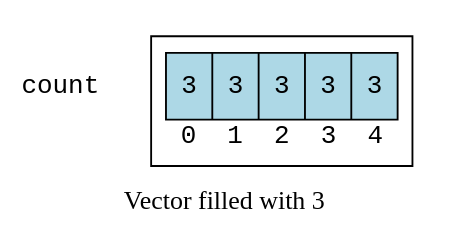
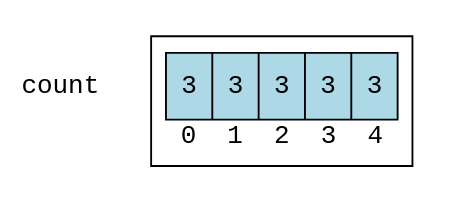
One commit to DaveParillo/cisc192-reader changed the second of 2 diagrams in src/chapter10/vectors.rst. Above: the diagram before and after it, drawn with Graphviz. The commit also changed other lines of this file and 20 other files, not shown here.

```diff
--- a/src/chapter10/vectors.rst
+++ b/src/chapter10/vectors.rst
@@ -106,29 +106,29 @@
 .. graphviz::
+   :name: fig_vector_filled
+   :caption: Vector filled with 3
+   :alt: vector whose elements are all initialized to 3
    :align: center
-   :alt: Vector filled with 3
 
    digraph c {
      rankdir=LR
      nodesep=0
      fontname = "Bitstream Vera Sans"
-     label="Vector filled with 3"
      node [
         fontname = "Courier"
         fontsize = 14
         shape = "record"
         style=filled
         fillcolor=lightblue
      ]
      subgraph cluster_0 {
-     label=""
      arr [
         label = "{3|3|3|3|3}"
      ]
      node [ shape=plain]
      idx [style="", 
         label = "0  1  2  3  4"
      ]
      }
      count [shape=plain, style=""]
      count->arr [style=invis]
    }
```
